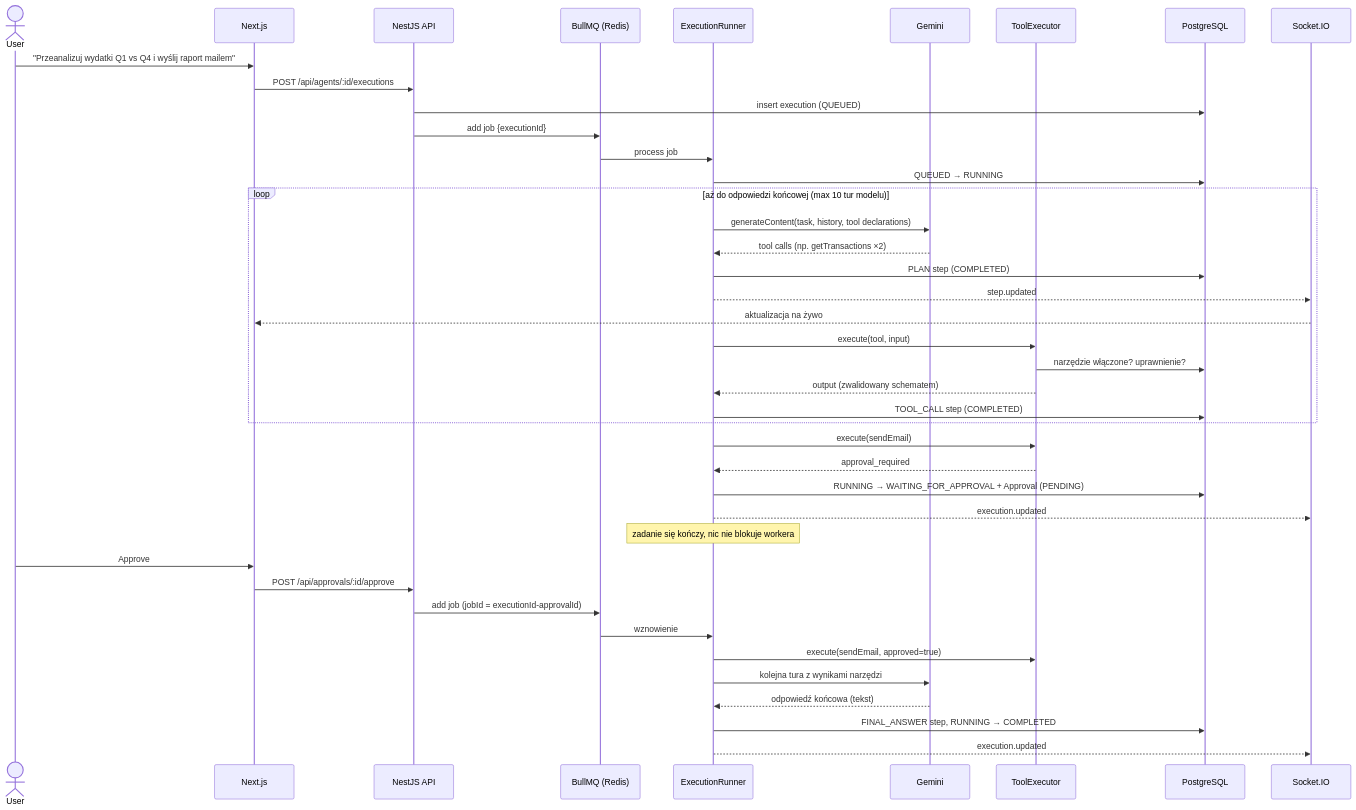
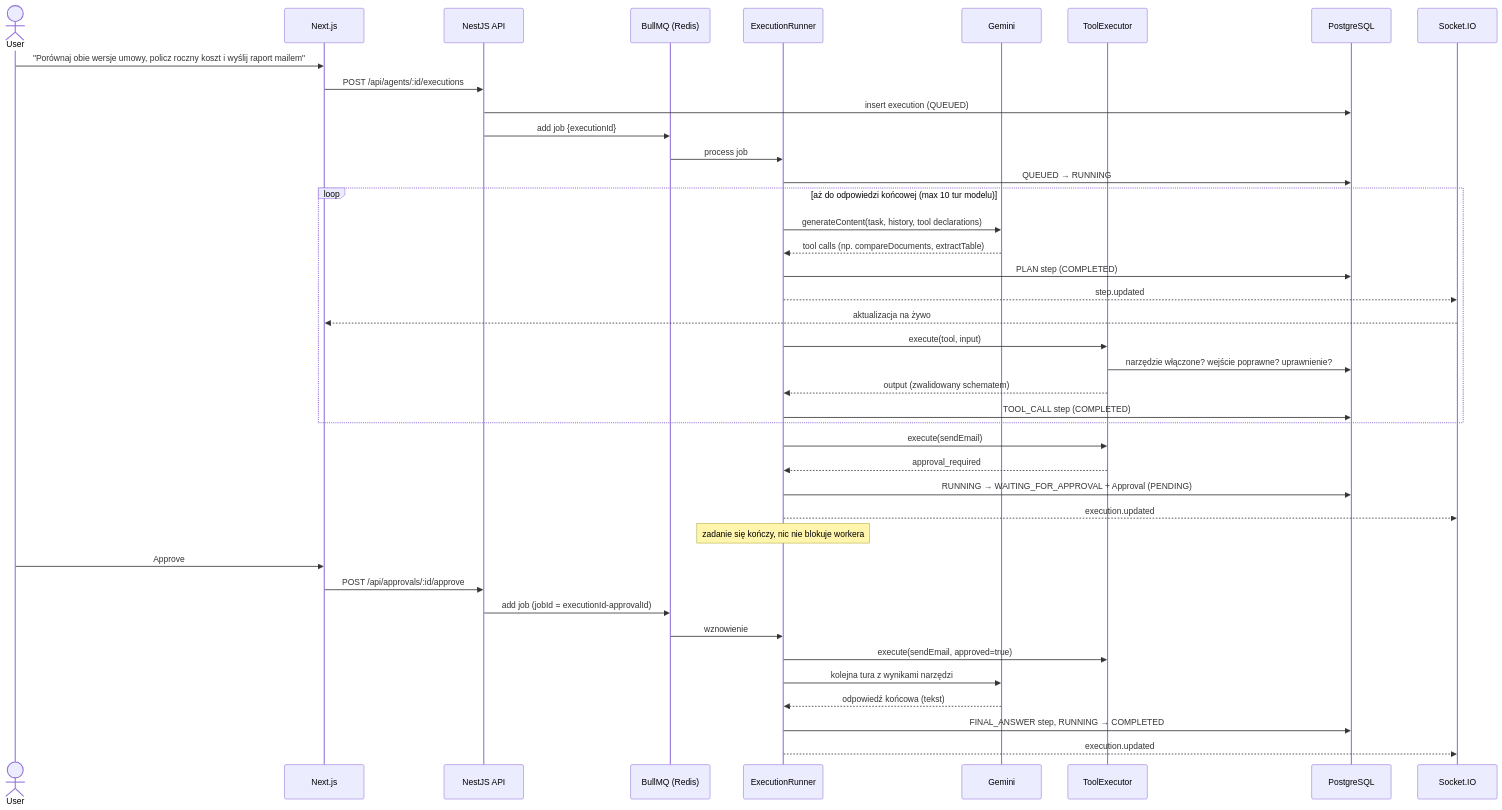
The second of 3 diagrams in portfolio/PORTFOLIO.pl.md (MaksZiem/ai-agents-platform), drawn with Mermaid before and after one commit. The commit also changed other lines of this file and 2 other files, not shown here.

````diff
--- a/portfolio/PORTFOLIO.pl.md
+++ b/portfolio/PORTFOLIO.pl.md
@@ -134,44 +148,44 @@
 ```mermaid
 sequenceDiagram
   actor U as User
   participant FE as Next.js
   participant API as NestJS API
   participant Q as BullMQ (Redis)
   participant W as ExecutionRunner
   participant G as Gemini
   participant T as ToolExecutor
   participant DB as PostgreSQL
   participant S as Socket.IO
 
-  U->>FE: "Przeanalizuj wydatki Q1 vs Q4 i wyślij raport mailem"
+  U->>FE: "Porównaj obie wersje umowy, policz roczny koszt i wyślij raport mailem"
   FE->>API: POST /api/agents/:id/executions
   API->>DB: insert execution (QUEUED)
   API->>Q: add job {executionId}
   Q->>W: process job
   W->>DB: QUEUED → RUNNING
   loop aż do odpowiedzi końcowej (max 10 tur modelu)
     W->>G: generateContent(task, history, tool declarations)
-    G-->>W: tool calls (np. getTransactions ×2)
+    G-->>W: tool calls (np. compareDocuments, extractTable)
     W->>DB: PLAN step (COMPLETED)
     W-->>S: step.updated
     S-->>FE: aktualizacja na żywo
     W->>T: execute(tool, input)
-    T->>DB: narzędzie włączone? uprawnienie?
+    T->>DB: narzędzie włączone? wejście poprawne? uprawnienie?
     T-->>W: output (zwalidowany schematem)
     W->>DB: TOOL_CALL step (COMPLETED)
   end
   W->>T: execute(sendEmail)
   T-->>W: approval_required
   W->>DB: RUNNING → WAITING_FOR_APPROVAL + Approval (PENDING)
   W-->>S: execution.updated
   Note over W: zadanie się kończy, nic nie blokuje workera
   U->>FE: Approve
   FE->>API: POST /api/approvals/:id/approve
   API->>Q: add job (jobId = executionId-approvalId)
   Q->>W: wznowienie
   W->>T: execute(sendEmail, approved=true)
   W->>G: kolejna tura z wynikami narzędzi
   G-->>W: odpowiedź końcowa (tekst)
   W->>DB: FINAL_ANSWER step, RUNNING → COMPLETED
   W-->>S: execution.updated
 ```
````
